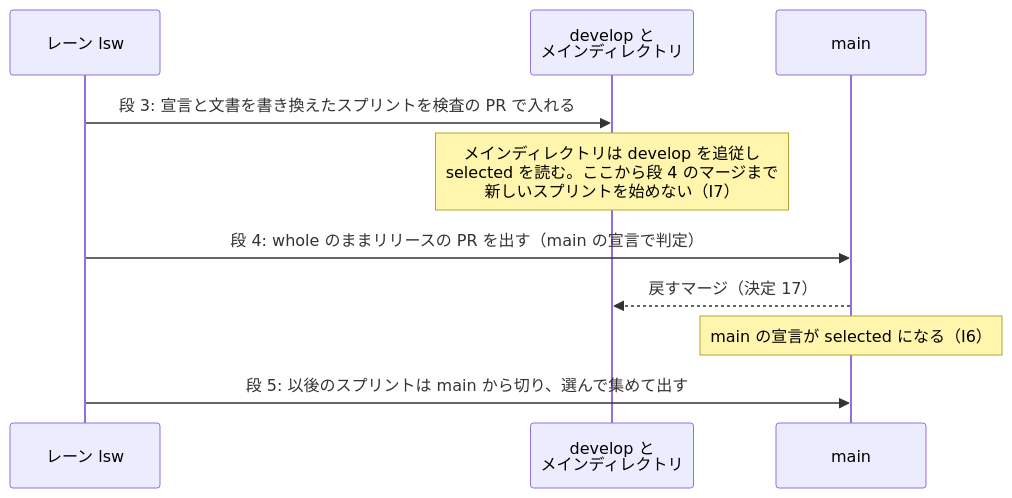
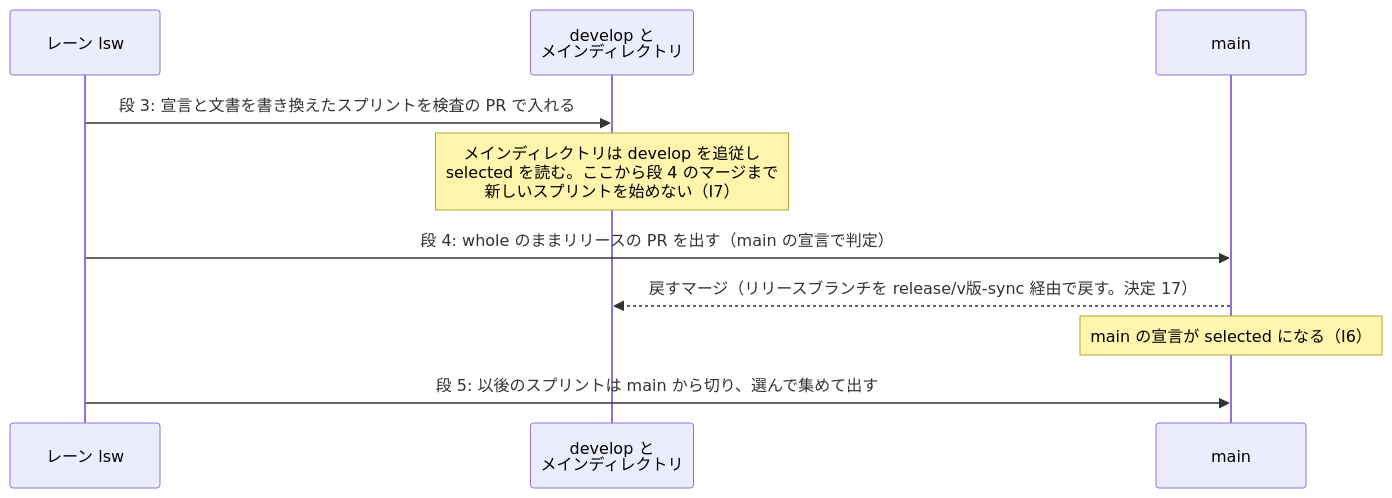
Before and after one commit to devbasex/ai-plugins: the second of 3 diagrams in issues/issue-3119-design.md, drawn with Mermaid. The commit also changed other lines of this file, not shown here.

````diff
--- a/issues/issue-3119-design.md
+++ b/issues/issue-3119-design.md
@@ -176,12 +178,12 @@
 ```mermaid
 sequenceDiagram
     participant L as レーン lsw
     participant D as develop と<br/>メインディレクトリ
     participant M as main
     L->>D: 段 3: 宣言と文書を書き換えたスプリントを検査の PR で入れる
     Note over D: メインディレクトリは develop を追従し<br/>selected を読む。ここから段 4 のマージまで<br/>新しいスプリントを始めない（I7）
     L->>M: 段 4: whole のままリリースの PR を出す（main の宣言で判定）
-    M-->>D: 戻すマージ（決定 17）
+    M-->>D: 戻すマージ（リリースブランチを release/v版-sync 経由で戻す。決定 17）
     Note over M: main の宣言が selected になる（I6）
     L->>M: 段 5: 以後のスプリントは main から切り、選んで集めて出す
 ```
````
